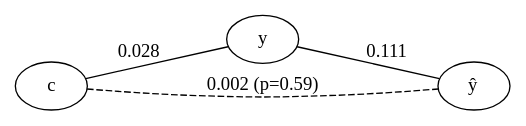
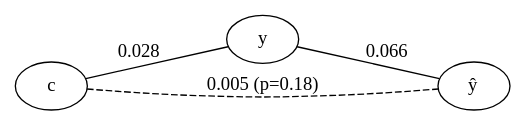
One commit to pni-lab/mlconfound-manuscript changed the diagram in fig/raw/emp_abide_motion_comb_partial.dot. Above: the diagram before and after it, drawn with Graphviz. The commit also changed 54 other files, not shown here.

```diff
--- a/fig/raw/emp_abide_motion_comb_partial.dot
+++ b/fig/raw/emp_abide_motion_comb_partial.dot
@@ -1,9 +1,9 @@
 graph {
 	rankdir=LR
 	c [label=c]
 	y [label=y]
 	yhat [label=<y&#770;>]
-	c -- yhat [label="0.002 (p=0.59)" style=dashed]
+	c -- yhat [label="0.005 (p=0.18)" style=dashed]
 	c -- y [label=0.028]
-	y -- yhat [label=0.111]
+	y -- yhat [label=0.066]
 }
```
